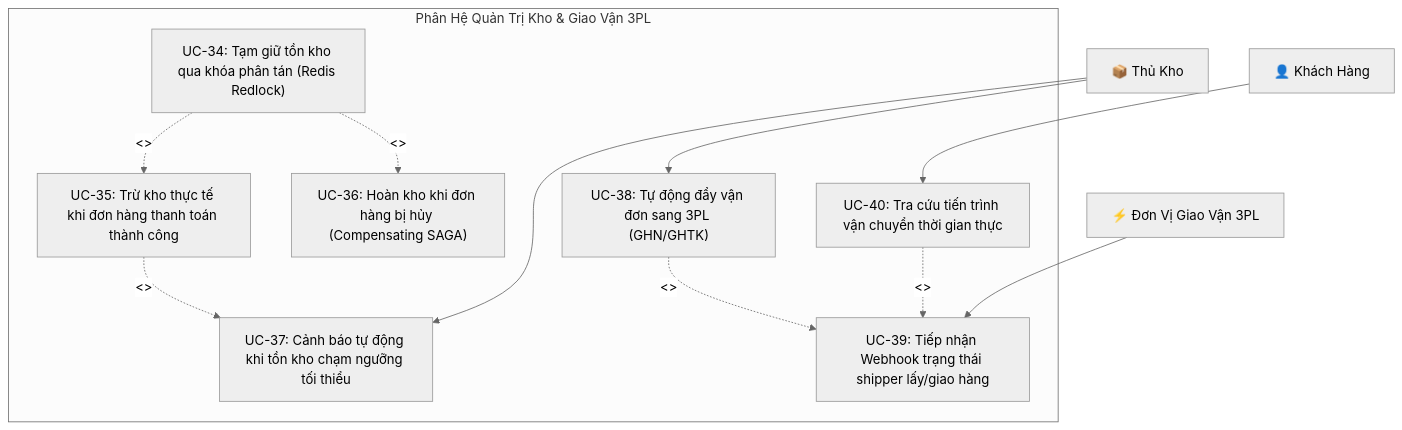
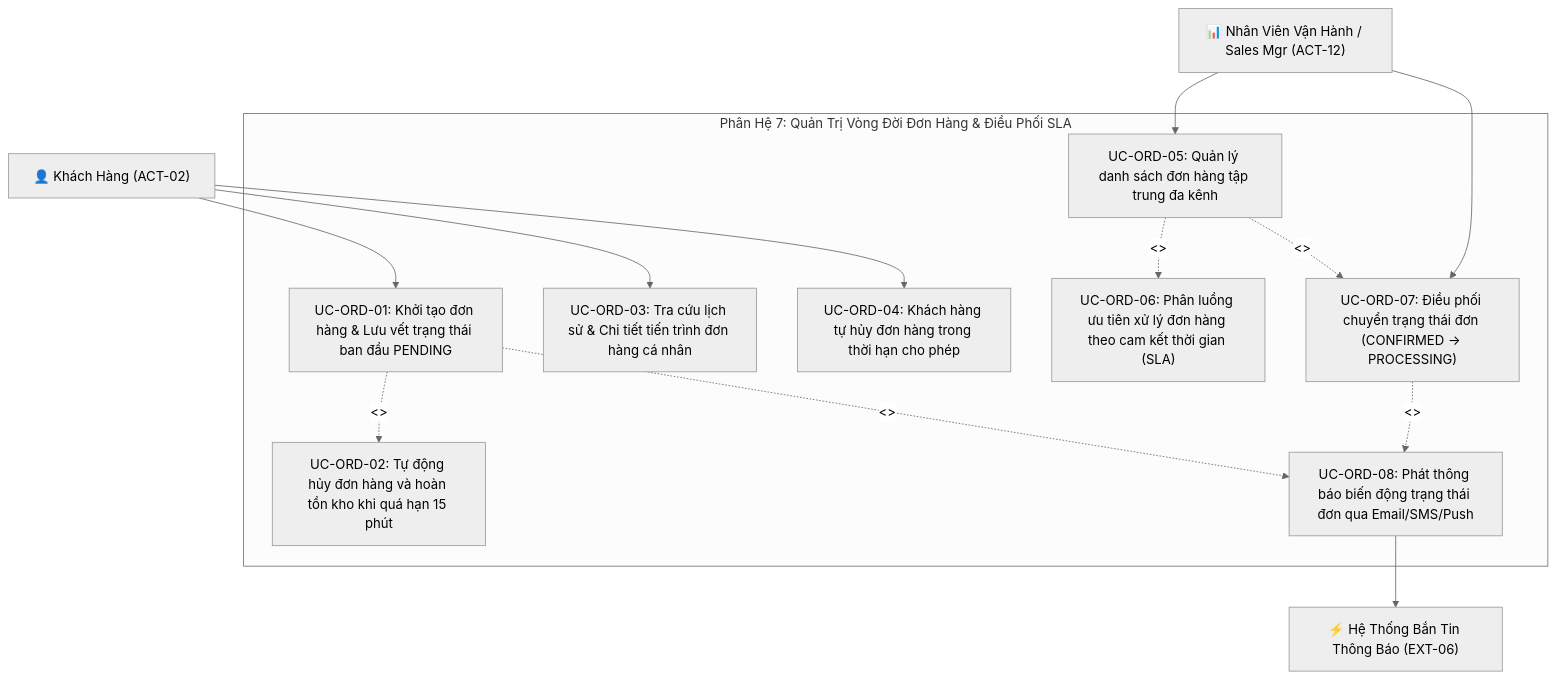
Before and after one commit to hvduong2k5/DUT.PBL6: the ninth of 16 diagrams in docs/01_requirements/use_case_specification.md, drawn with Mermaid (neutral theme). The commit also changed other lines of this file, not shown here.

````diff
--- a/docs/01_requirements/use_case_specification.md
+++ b/docs/01_requirements/use_case_specification.md
@@ -386,27 +603,32 @@
 ```mermaid
 graph TB
-    Warehouse["📦 Thủ Kho"]
-    Shipper3PL["⚡ Đơn Vị Giao Vận 3PL"]
-    Customer["👤 Khách Hàng"]
+    Customer["👤 Khách Hàng (ACT-02)"]
+    SalesStaff["📊 Nhân Viên Vận Hành / Sales Mgr (ACT-12)"]
+    Ext_Notification["⚡ Hệ Thống Bắn Tin Thông Báo (EXT-06)"]
 
-    subgraph Inventory_Logistics_Subsystem ["Phân Hệ Quản Trị Kho & Giao Vận 3PL"]
-        UC34["UC-34: Tạm giữ tồn kho qua khóa phân tán (Redis Redlock)"]
-        UC35["UC-35: Trừ kho thực tế khi đơn hàng thanh toán thành công"]
-        UC36["UC-36: Hoàn kho khi đơn hàng bị hủy (Compensating SAGA)"]
-        UC37["UC-37: Cảnh báo tự động khi tồn kho chạm ngưỡng tối thiểu"]
-        UC38["UC-38: Tự động đẩy vận đơn sang 3PL (GHN/GHTK)"]
-        UC39["UC-39: Tiếp nhận Webhook trạng thái shipper lấy/giao hàng"]
-        UC40["UC-40: Tra cứu tiến trình vận chuyển thời gian thực"]
+    subgraph Subsystem_Order ["Phân Hệ 7: Quản Trị Vòng Đời Đơn Hàng & Điều Phối SLA"]
+        UC_ORD_01["UC-ORD-01: Khởi tạo đơn hàng & Lưu vết trạng thái ban đầu PENDING"]
+        UC_ORD_02["UC-ORD-02: Tự động hủy đơn hàng và hoàn tồn kho khi quá hạn 15 phút"]
+        UC_ORD_03["UC-ORD-03: Tra cứu lịch sử & Chi tiết tiến trình đơn hàng cá nhân"]
+        UC_ORD_04["UC-ORD-04: Khách hàng tự hủy đơn hàng trong thời hạn cho phép"]
+        UC_ORD_05["UC-ORD-05: Quản lý danh sách đơn hàng tập trung đa kênh"]
+        UC_ORD_06["UC-ORD-06: Phân luồng ưu tiên xử lý đơn hàng theo cam kết thời gian (SLA)"]
+        UC_ORD_07["UC-ORD-07: Điều phối chuyển trạng thái đơn (CONFIRMED -> PROCESSING)"]
+        UC_ORD_08["UC-ORD-08: Phát thông báo biến động trạng thái đơn qua Email/SMS/Push"]
 
-        UC34 -. "<<include>>" .-> UC35
-        UC34 -. "<<extend>>" .-> UC36
-        UC35 -. "<<extend>>" .-> UC37
-        UC38 -. "<<include>>" .-> UC39
-        UC40 -. "<<include>>" .-> UC39
+        UC_ORD_01 -. "<<include>>" .-> UC_ORD_08
+        UC_ORD_01 -. "<<extend>>" .-> UC_ORD_02
+        UC_ORD_05 -. "<<include>>" .-> UC_ORD_06
+        UC_ORD_05 -. "<<include>>" .-> UC_ORD_07
+        UC_ORD_07 -. "<<include>>" .-> UC_ORD_08
     end
 
-    Warehouse --> UC37
-    Warehouse --> UC38
-    Shipper3PL --> UC39
-    Customer --> UC40
+    Customer --> UC_ORD_01
+    Customer --> UC_ORD_03
+    Customer --> UC_ORD_04
+
+    SalesStaff --> UC_ORD_05
+    SalesStaff --> UC_ORD_07
+
+    UC_ORD_08 --> Ext_Notification
 ```
````
